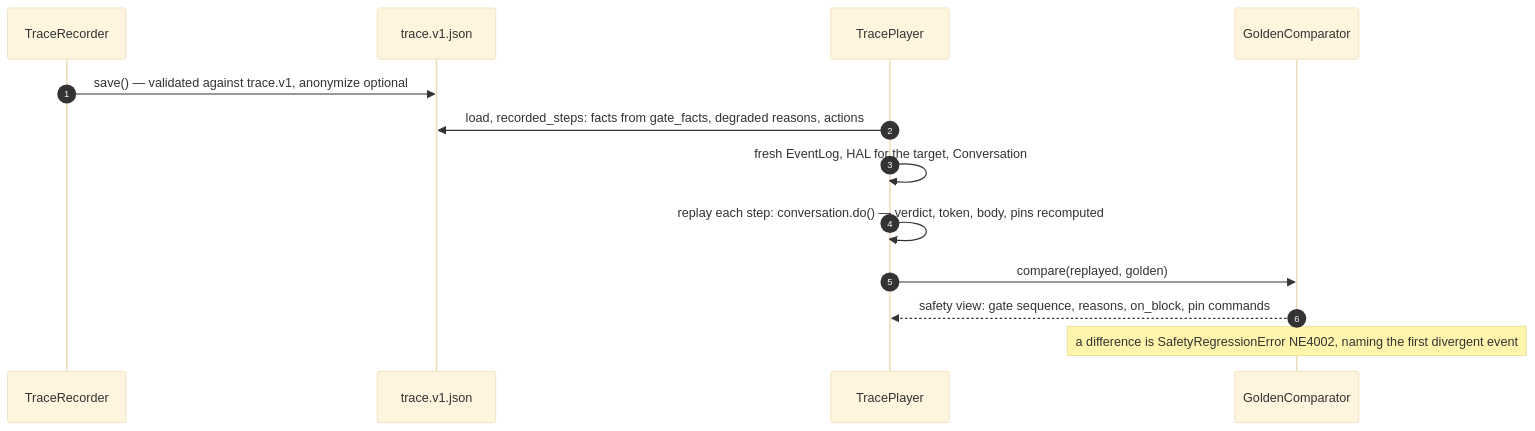
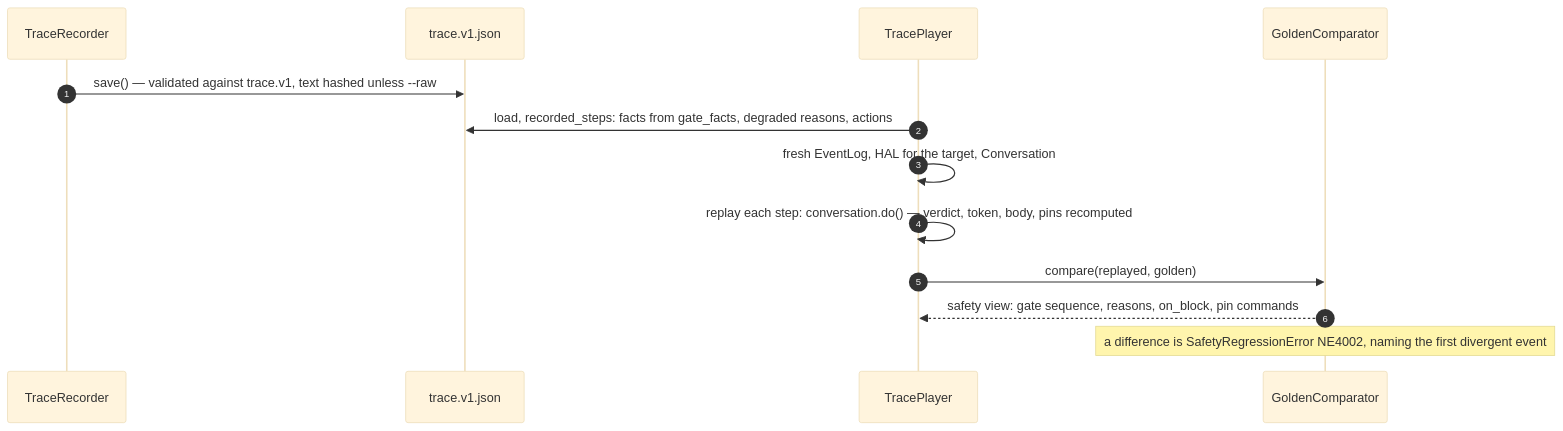
One commit to letrongminh/neuroedge-init changed the ninth of 10 diagrams in docs/architecture/en/06-runtime-flows.md. Above: the diagram before and after it, drawn with Mermaid (base theme). The commit also changed 9 other files, not shown here.

First line of the commit message:
docs(privacy): the trace hashes raw text by default; --raw keeps it verbatim

````diff
--- a/docs/architecture/en/06-runtime-flows.md
+++ b/docs/architecture/en/06-runtime-flows.md
@@ -246,15 +246,15 @@
 ```mermaid
 sequenceDiagram
     autonumber
     participant R as TraceRecorder
     participant F as trace.v1.json
     participant P as TracePlayer
     participant G as GoldenComparator
-    R->>F: save() — validated against trace.v1, anonymize optional
+    R->>F: save() — validated against trace.v1, text hashed unless --raw
     P->>F: load, recorded_steps: facts from gate_facts, degraded reasons, actions
     P->>P: fresh EventLog, HAL for the target, Conversation
     P->>P: replay each step: conversation.do() — verdict, token, body, pins recomputed
     P->>G: compare(replayed, golden)
     G-->>P: safety view: gate sequence, reasons, on_block, pin commands
     Note over G: a difference is SafetyRegressionError NE4002, naming the first divergent event
 ```
````
